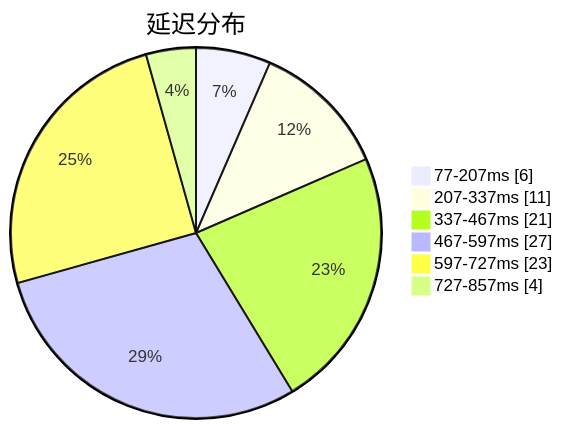
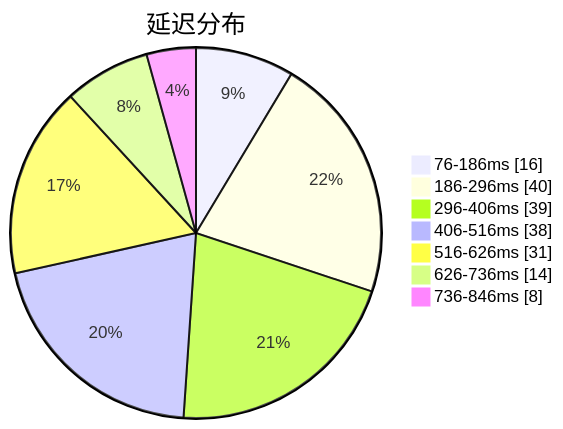
Before and after one commit to sinspired/airport: the first of 3 diagrams in subs/statistics/tested_within.md, drawn with Mermaid. The commit also changed other lines of this file and 2 other files, not shown here.

````diff
--- a/subs/statistics/tested_within.md
+++ b/subs/statistics/tested_within.md
@@ -2,10 +2,11 @@
 ```mermaid
 pie showData
 title 延迟分布
-"77-207ms" : 6
-"207-337ms" : 11
-"337-467ms" : 21
-"467-597ms" : 27
-"597-727ms" : 23
-"727-857ms" : 4
+"76-186ms" : 16
+"186-296ms" : 40
+"296-406ms" : 39
+"406-516ms" : 38
+"516-626ms" : 31
+"626-736ms" : 14
+"736-846ms" : 8
 ```
````
